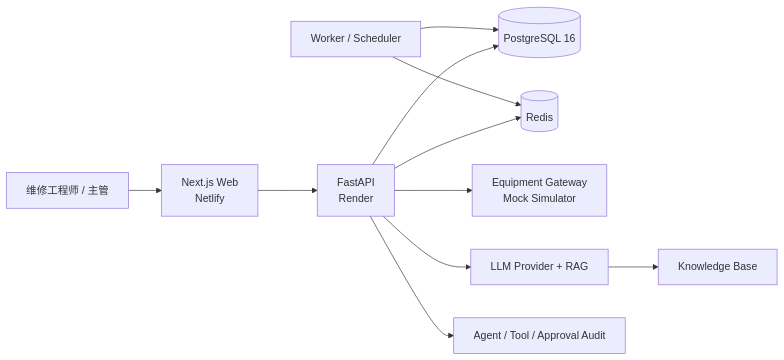
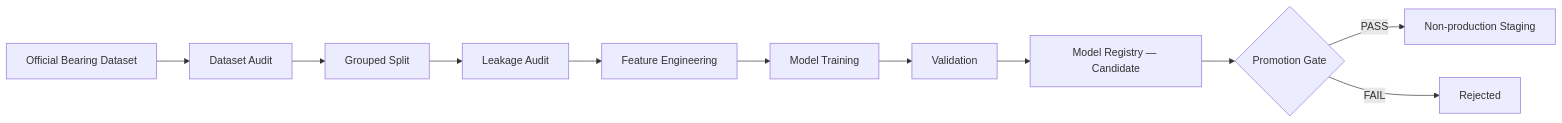
One commit to ten10do/industrial-maintenance-copilot changed the third of 4 diagrams in README.md. Above: the diagram before and after it, drawn with Mermaid. The commit also changed other lines of this file, not shown here.

````diff
--- a/README.md
+++ b/README.md
@@ -102,13 +154,13 @@
 ```mermaid
 flowchart LR
-    User["维修工程师 / 主管"] --> Web["Next.js Web<br/>Netlify"]
-    Web --> API["FastAPI<br/>Render"]
-    API --> DB[("PostgreSQL 16")]
-    API --> Redis[("Redis")]
-    Worker["Worker / Scheduler"] --> DB
-    Worker --> Redis
-    API --> Equipment["Equipment Gateway<br/>Mock Simulator"]
-    API --> Copilot["LLM Provider + RAG"]
-    Copilot --> KB["Knowledge Base"]
-    API --> Audit["Agent / Tool / Approval Audit"]
+    Dataset["Official Bearing Dataset"] --> Audit["Dataset Audit"]
+    Audit --> Split["Grouped Split"]
+    Split --> Leakage["Leakage Audit"]
+    Leakage --> Features["Feature Engineering"]
+    Features --> Training["Model Training"]
+    Training --> Validation["Validation"]
+    Validation --> Candidate["Model Registry — Candidate"]
+    Candidate --> Gate{"Promotion Gate"}
+    Gate -->|PASS| Staging["Non-production Staging"]
+    Gate -->|FAIL| Rejected["Rejected"]
 ```
````
